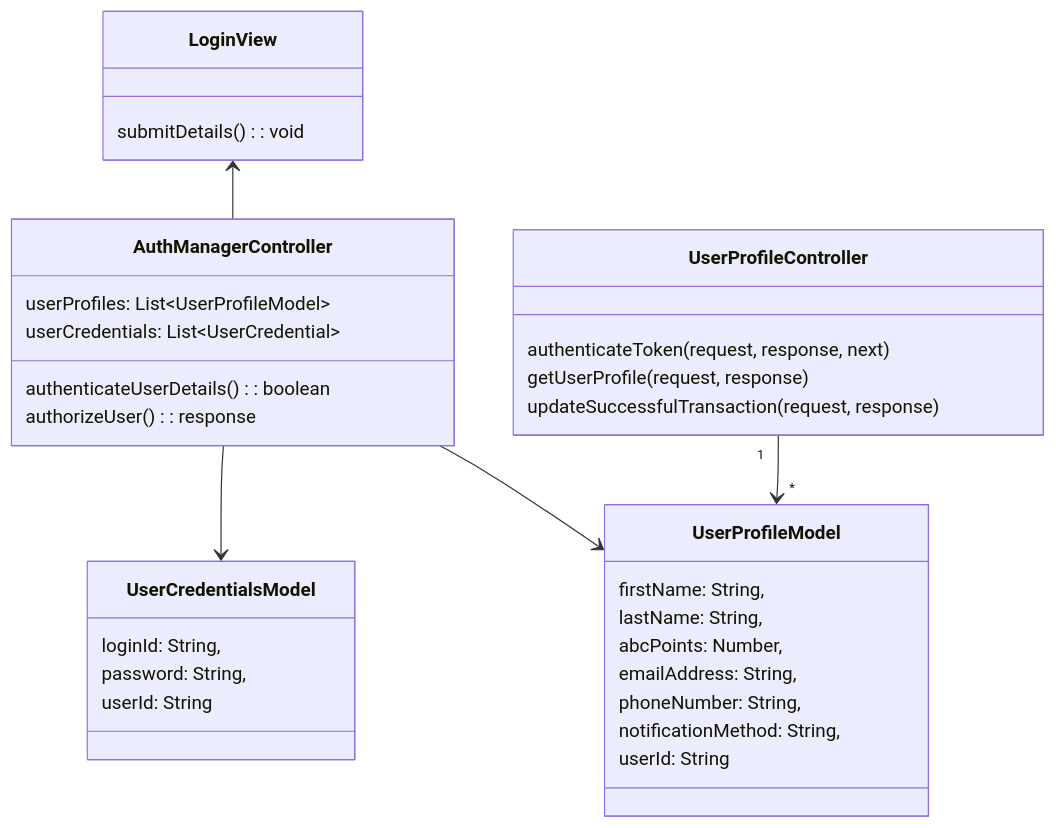
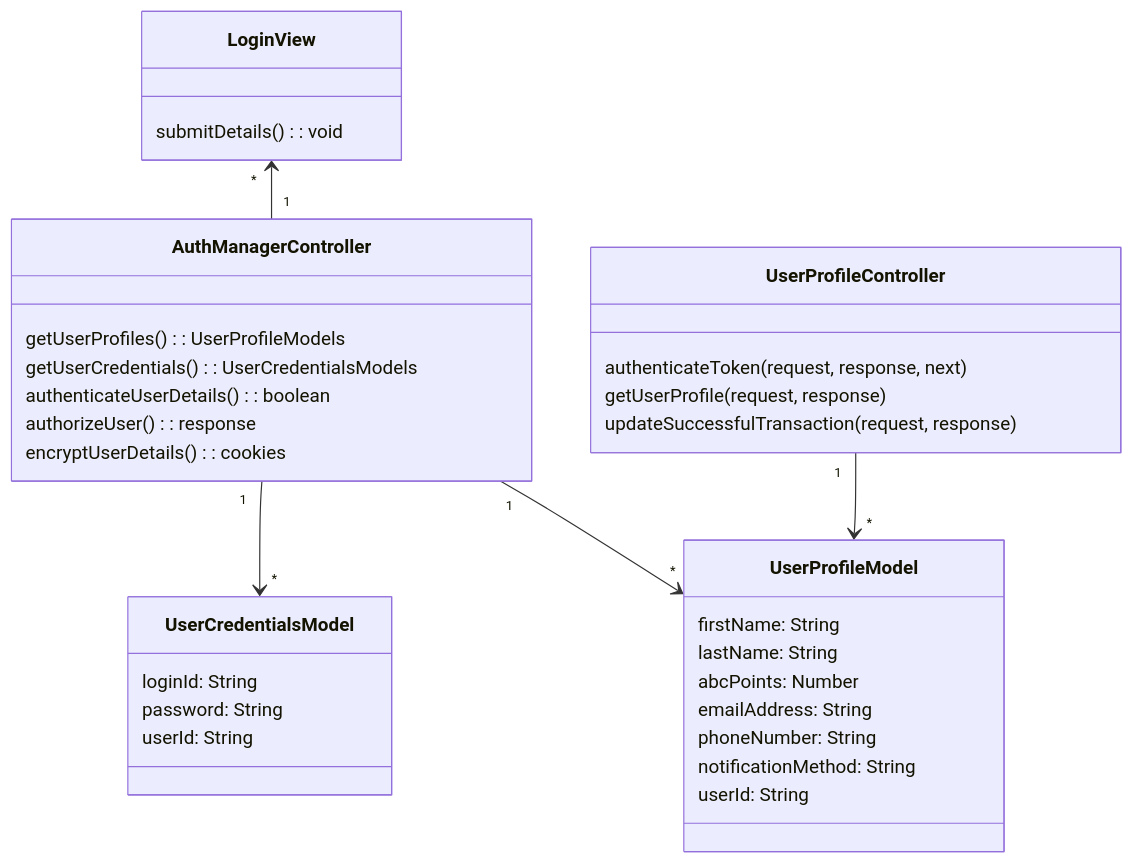
One commit to Sean2309/50.003_ESC_Project changed the first of 16 diagrams in UML Class Diagrams/mvcClass.md. Above: the diagram before and after it, drawn with Mermaid. The commit also changed other lines of this file and 10 other files, not shown here.

Commit message:
chore: updated use case diagrams

````diff
--- a/UML Class Diagrams/mvcClass.md
+++ b/UML Class Diagrams/mvcClass.md
@@ -4,44 +6,43 @@
 ```mermaid
 classDiagram
-
-LoginView <-- AuthManagerController
-AuthManagerController --> UserCredentialsModel 
-AuthManagerController --> UserProfileModel 
+LoginView "*" <-- "1" AuthManagerController
+AuthManagerController "1" --> "*" UserCredentialsModel 
+AuthManagerController "1" --> "*" UserProfileModel 
 
 class LoginView{
     submitDetails(): void
 }
 
 class UserCredentialsModel{
-  loginId: String,
-  password: String,
+  loginId: String
+  password: String
   userId: String
 }
 
 class UserProfileModel{
-    firstName: String,
-    lastName: String,
-    abcPoints: Number,
-    emailAddress: String,
-    phoneNumber: String,
-    notificationMethod: String,
+    firstName: String
+    lastName: String
+    abcPoints: Number
+    emailAddress: String
+    phoneNumber: String
+    notificationMethod: String
     userId: String
 }
 
 class AuthManagerController{
-    userProfiles: List<<User>UserProfileModel>
-    userCredentials: List<<User>UserCredential>
+    getUserProfiles(): UserProfileModels
+    getUserCredentials(): UserCredentialsModels
     authenticateUserDetails(): boolean
     authorizeUser(): response
+    encryptUserDetails(): cookies
 }
 
 class UserProfileController {
     authenticateToken(request, response, next)
     getUserProfile(request, response)
     updateSuccessfulTransaction(request, response)
   }
   
 
   UserProfileController "1" --> "*" UserProfileModel
-
 ```
````
